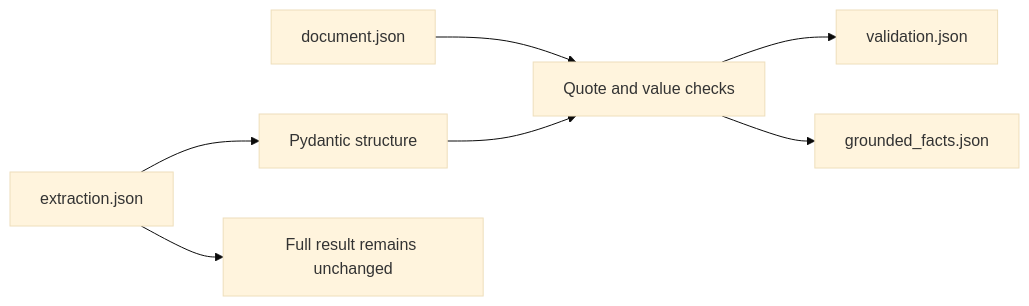
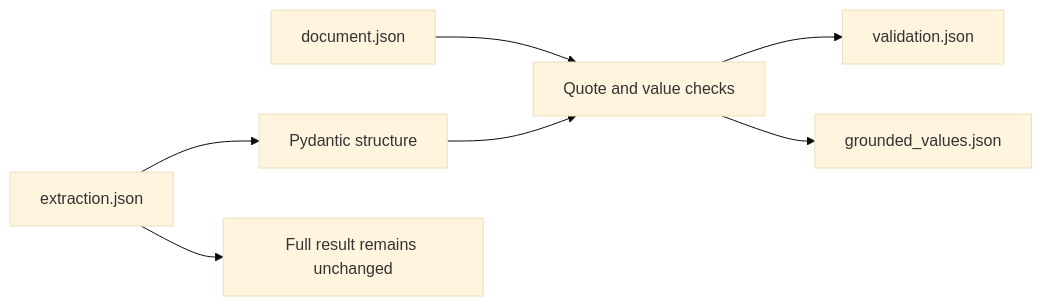
One commit to lamalab-org/perla-extract changed the diagram in docs/concepts/evidence.md. Above: the diagram before and after it, drawn with Mermaid (base theme). The commit also changed other lines of this file and 31 other files, not shown here.

````diff
--- a/docs/concepts/evidence.md
+++ b/docs/concepts/evidence.md
@@ -57,9 +57,9 @@
 ```mermaid
 flowchart LR
     A["extraction.json"] --> B["Pydantic structure"]
     C["document.json"] --> D["Quote and value checks"]
     B --> D
     D --> E["validation.json"]
-    D --> F["grounded_facts.json"]
+    D --> F["grounded_values.json"]
     A --> G["Full result remains unchanged"]
 ```
````
